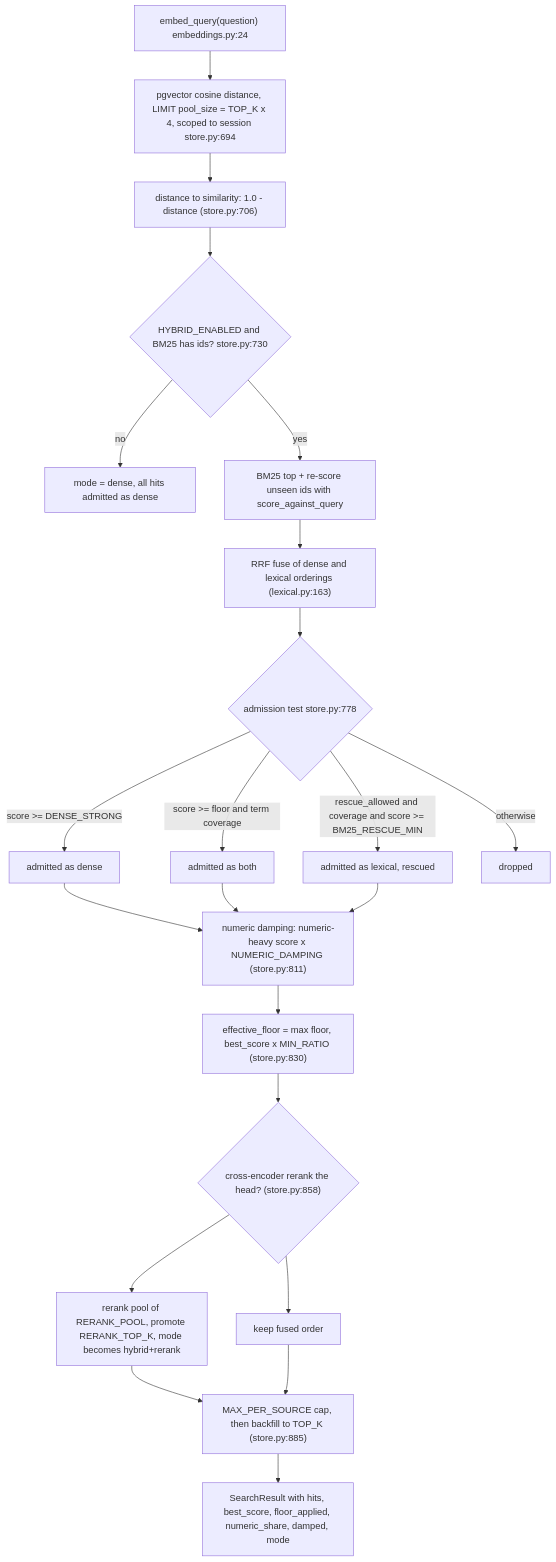
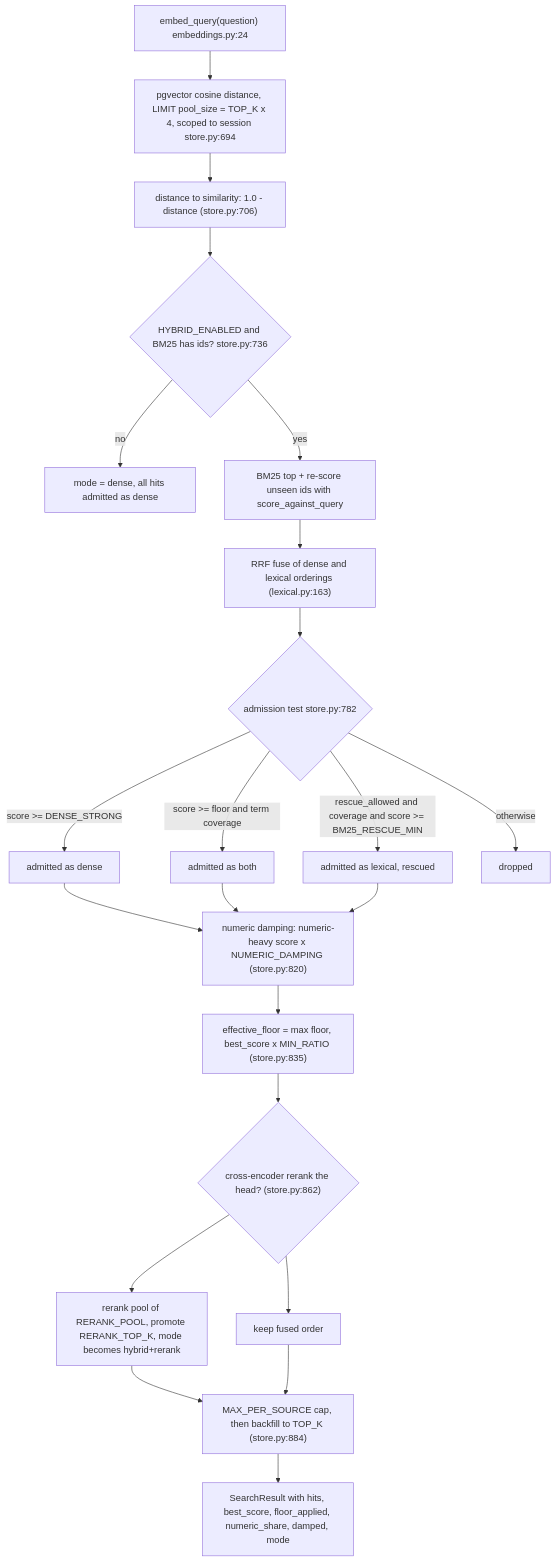
Before and after one commit to memoona-zahur/NotebookLM: the fourth of 4 diagrams in ARCHITECTURE.md, drawn with Mermaid. The commit also changed other lines of this file and 17 other files, not shown here.

````diff
--- a/ARCHITECTURE.md
+++ b/ARCHITECTURE.md
@@ -208,24 +208,24 @@
 ```mermaid
 flowchart TD
     A["embed_query(question) embeddings.py:24"] --> B["pgvector cosine distance, LIMIT pool_size = TOP_K x 4, scoped to session store.py:694"]
     B --> C["distance to similarity: 1.0 - distance (store.py:706)"]
-    C --> D{"HYBRID_ENABLED and BM25 has ids? store.py:730"}
+    C --> D{"HYBRID_ENABLED and BM25 has ids? store.py:736"}
     D -- no --> E["mode = dense, all hits admitted as dense"]
     D -- yes --> F["BM25 top + re-score unseen ids with score_against_query"]
     F --> G["RRF fuse of dense and lexical orderings (lexical.py:163)"]
-    G --> H{"admission test store.py:778"}
+    G --> H{"admission test store.py:782"}
     H -->|"score >= DENSE_STRONG"| I["admitted as dense"]
     H -->|"score >= floor and term coverage"| I2["admitted as both"]
     H -->|"rescue_allowed and coverage and score >= BM25_RESCUE_MIN"| J["admitted as lexical, rescued"]
     H -->|"otherwise"| K["dropped"]
-    I --> L["numeric damping: numeric-heavy score x NUMERIC_DAMPING (store.py:811)"]
+    I --> L["numeric damping: numeric-heavy score x NUMERIC_DAMPING (store.py:820)"]
     I2 --> L
     J --> L
-    L --> M["effective_floor = max floor, best_score x MIN_RATIO (store.py:830)"]
-    M --> N{"cross-encoder rerank the head? (store.py:858)"}
+    L --> M["effective_floor = max floor, best_score x MIN_RATIO (store.py:835)"]
+    M --> N{"cross-encoder rerank the head? (store.py:862)"}
     N --> O["rerank pool of RERANK_POOL, promote RERANK_TOP_K, mode becomes hybrid+rerank"]
     N --> P["keep fused order"]
-    O --> Q["MAX_PER_SOURCE cap, then backfill to TOP_K (store.py:885)"]
+    O --> Q["MAX_PER_SOURCE cap, then backfill to TOP_K (store.py:884)"]
     P --> Q
     Q --> R["SearchResult with hits, best_score, floor_applied, numeric_share, damped, mode"]
 ```
````
